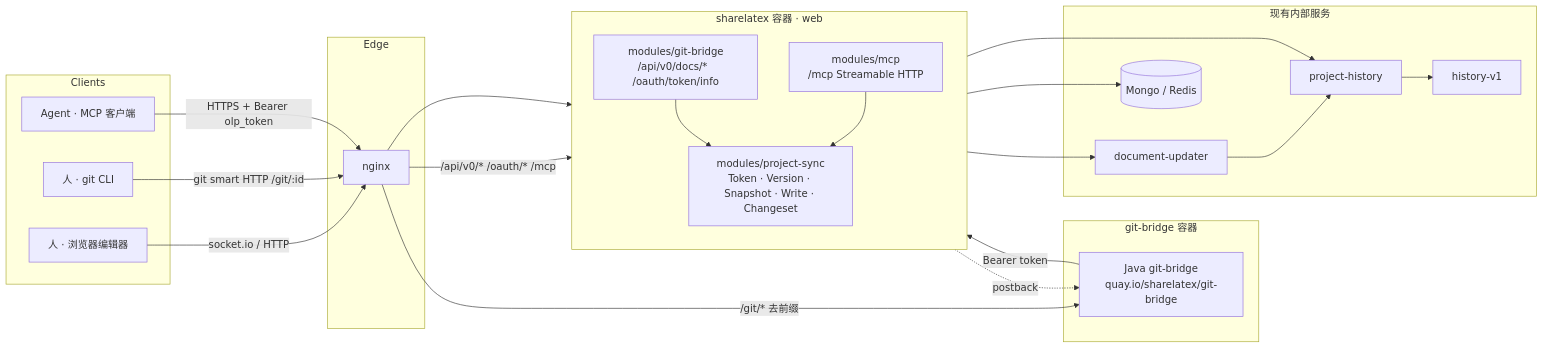
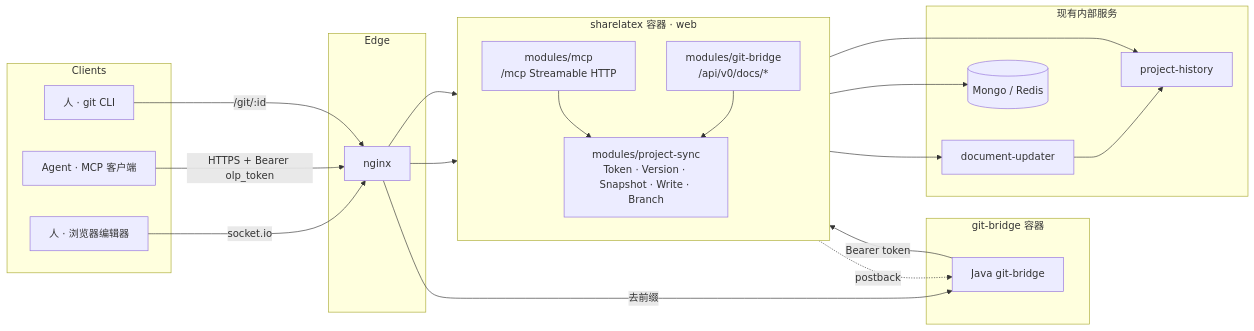
One commit to Zack-Will/interleaf changed the diagram in doc/design/agent-sync-architecture.md. Above: the diagram before and after it, drawn with Mermaid. The commit also changed other lines of this file, not shown here.

Commit message:
docs(design): v1.1 - agent-first principles, URL project refs, labels as change tree, fork branches, milestone reorder

````diff
--- a/doc/design/agent-sync-architecture.md
+++ b/doc/design/agent-sync-architecture.md
@@ -74,46 +85,44 @@
 ```mermaid
 flowchart LR
   subgraph Clients
     H[人 · 浏览器编辑器]
+    A[Agent · MCP 客户端]
     G[人 · git CLI]
-    A[Agent · MCP 客户端]
   end
 
   subgraph Edge
     N[nginx]
   end
 
-  subgraph "git-bridge 容器"
-    JB[Java git-bridge<br/>quay.io/sharelatex/git-bridge]
+  subgraph "sharelatex 容器 · web"
+    direction TB
+    MCP[modules/mcp<br/>/mcp  Streamable HTTP]
+    GB[modules/git-bridge<br/>/api/v0/docs/*]
+    CORE[modules/project-sync<br/>Token · Version · Snapshot · Write · Branch]
+    MCP --> CORE
+    GB --> CORE
   end
 
-  subgraph "sharelatex 容器 · web"
-    direction TB
-    GB[modules/git-bridge<br/>/api/v0/docs/*  /oauth/token/info]
-    MCP[modules/mcp<br/>/mcp  Streamable HTTP]
-    CORE[modules/project-sync<br/>Token · Version · Snapshot · Write · Changeset]
-    GB --> CORE
-    MCP --> CORE
+  subgraph "git-bridge 容器"
+    JB[Java git-bridge]
   end
 
   subgraph "现有内部服务"
     DU[document-updater]
     PH[project-history]
-    HV1[history-v1]
     M[(Mongo / Redis)]
   end
 
-  H -->|socket.io / HTTP| N
-  G -->|git smart HTTP  /git/:id| N
+  H -->|socket.io| N
   A -->|HTTPS + Bearer olp_token| N
-  N -->|/git/* 去前缀| JB
-  N -->|/api/v0/* /oauth/* /mcp| GB
+  G -->|/git/:id| N
   N --> MCP
+  N --> GB
+  N -->|去前缀| JB
   JB -->|Bearer token| GB
   GB -.postback.-> JB
   CORE --> DU
   CORE --> PH
-  PH --> HV1
+  CORE --> M
   DU --> PH
-  CORE --> M
 ```
````
